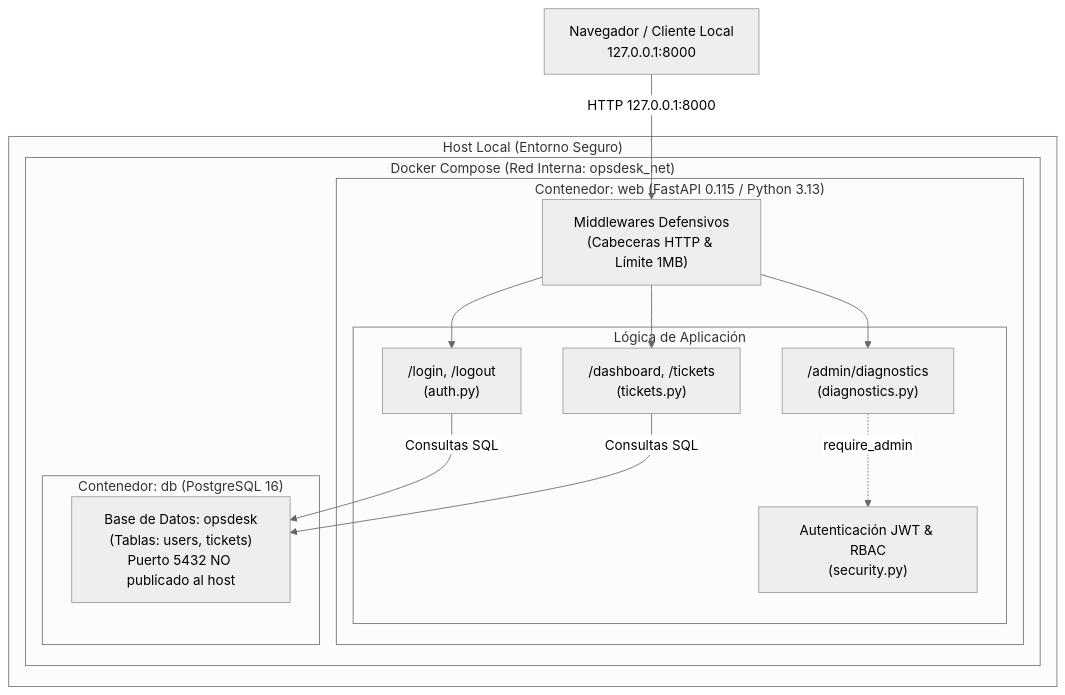
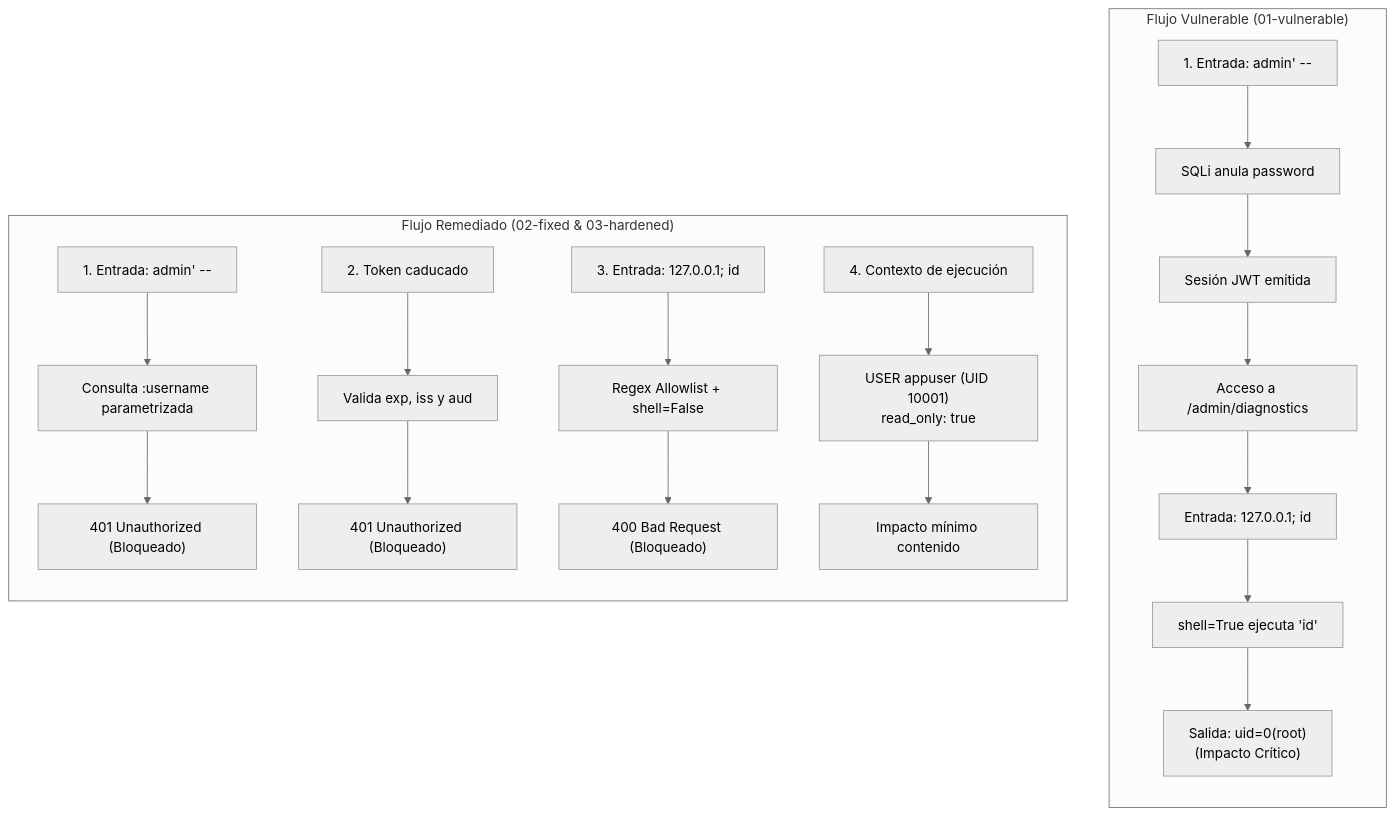
Before and after one commit to 02loveslollipop/opsdesk: the first of 8 diagrams in README.md, drawn with Mermaid (neutral theme). The commit also changed other lines of this file, not shown here.

Commit message:
docs: simplify all Mermaid diagrams into direct, clean flowcharts

````diff
--- a/README.md
+++ b/README.md
@@ -36,32 +36,27 @@
 ```mermaid
-graph TD
-    UserClient["Navegador / Cliente Local<br>127.0.0.1:8000"]
-    
-    subgraph Host["Host Local (Entorno Seguro)"]
-        subgraph DockerCompose["Docker Compose (Red Interna: opsdesk_net)"]
-            
-            subgraph ContainerWeb["Contenedor: web (FastAPI 0.115 / Python 3.13)"]
-                MW["Middlewares Defensivos<br>(Cabeceras HTTP & Límite 1MB)"]
-                
-                subgraph AppLogic["Lógica de Aplicación"]
-                    AuthR["/login, /logout<br>(auth.py)"]
-                    SecM["Autenticación JWT & RBAC<br>(security.py)"]
-                    TickR["/dashboard, /tickets<br>(tickets.py)"]
-                    DiagR["/admin/diagnostics<br>(diagnostics.py)"]
-                end
-            end
-            
-            subgraph ContainerDB["Contenedor: db (PostgreSQL 16)"]
-                PG["Base de Datos: opsdesk<br>(Tablas: users, tickets)<br>Puerto 5432 NO publicado al host"]
-            end
-        end
+flowchart TD
+    subgraph Ataque["Flujo Vulnerable (01-vulnerable)"]
+        direction TB
+        A1["1. Entrada: admin' --"] --> A2["SQLi anula password"]
+        A2 --> A3["Sesión JWT emitida"]
+        A3 --> A4["Acceso a /admin/diagnostics"]
+        A4 --> A5["Entrada: 127.0.0.1; id"]
+        A5 --> A6["shell=True ejecuta 'id'"]
+        A6 --> A7["Salida: uid=0(root)<br>(Impacto Crítico)"]
     end
 
-    UserClient -->|HTTP 127.0.0.1:8000| MW
-    MW --> AuthR
-    MW --> TickR
-    MW --> DiagR
-    DiagR -.->|require_admin| SecM
-    AuthR -->|Consultas SQL| PG
-    TickR -->|Consultas SQL| PG
+    subgraph Defensa["Flujo Remediado (02-fixed & 03-hardened)"]
+        direction TB
+        D1["1. Entrada: admin' --"] --> D2["Consulta :username parametrizada"]
+        D2 --> D3["401 Unauthorized (Bloqueado)"]
+        
+        D4["2. Token caducado"] --> D5["Valida exp, iss y aud"]
+        D5 --> D6["401 Unauthorized (Bloqueado)"]
+        
+        D7["3. Entrada: 127.0.0.1; id"] --> D8["Regex Allowlist + shell=False"]
+        D8 --> D9["400 Bad Request (Bloqueado)"]
+        
+        D10["4. Contexto de ejecución"] --> D11["USER appuser (UID 10001)<br>read_only: true"]
+        D11 --> D12["Impacto mínimo contenido"]
+    end
 ```
````
